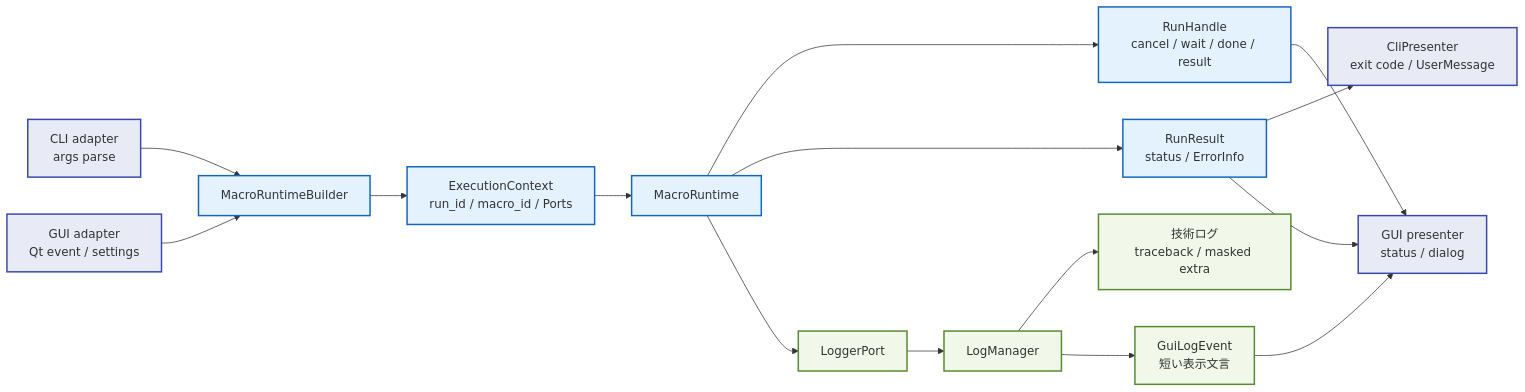
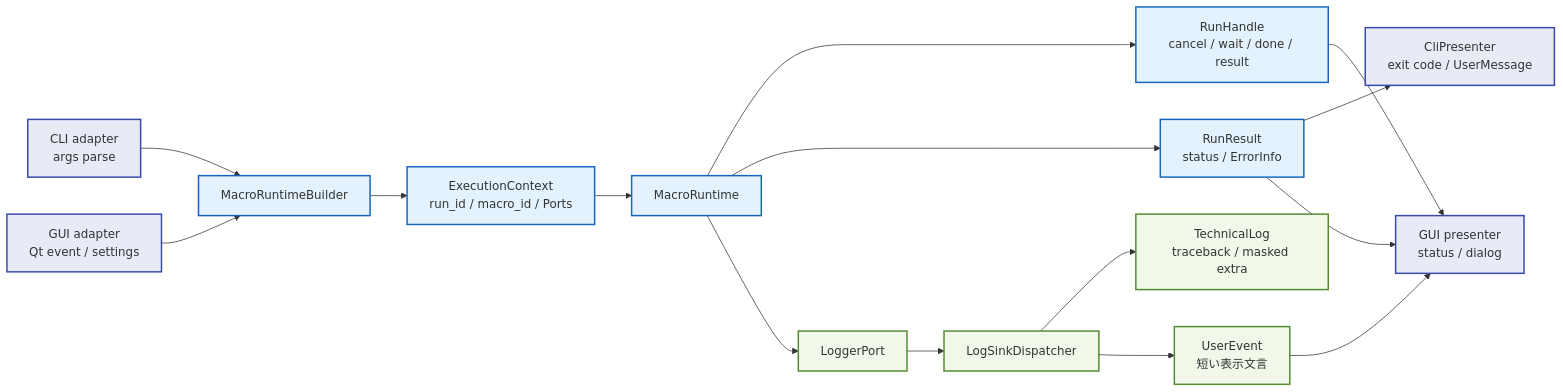
One commit to niart120/Project_NyX changed the fifth of 5 diagrams in spec/framework/rearchitecture/ARCHITECTURE_DIAGRAMS.md. Above: the diagram before and after it, drawn with Mermaid. The commit also changed other lines of this file and 11 other files, not shown here.

````diff
--- a/spec/framework/rearchitecture/ARCHITECTURE_DIAGRAMS.md
+++ b/spec/framework/rearchitecture/ARCHITECTURE_DIAGRAMS.md
@@ -400,25 +400,25 @@
 ```mermaid
 flowchart LR
     CLI["CLI adapter<br/>args parse"] --> Builder["MacroRuntimeBuilder"]
     GUI["GUI adapter<br/>Qt event / settings"] --> Builder
     Builder --> Context["ExecutionContext<br/>run_id / macro_id / Ports"]
     Context --> Runtime["MacroRuntime"]
     Runtime --> Handle["RunHandle<br/>cancel / wait / done / result"]
     Runtime --> Result["RunResult<br/>status / ErrorInfo"]
     Runtime --> Logger["LoggerPort"]
-    Logger --> LogManager["LogManager"]
-    LogManager --> TechLog["技術ログ<br/>traceback / masked extra"]
-    LogManager --> GuiEvent["GuiLogEvent<br/>短い表示文言"]
+    Logger --> Dispatcher["LogSinkDispatcher"]
+    Dispatcher --> TechLog["TechnicalLog<br/>traceback / masked extra"]
+    Dispatcher --> UserEvent["UserEvent<br/>短い表示文言"]
     Result --> CliPresenter["CliPresenter<br/>exit code / UserMessage"]
     Result --> GuiPresenter["GUI presenter<br/>status / dialog"]
     Handle --> GuiPresenter
-    GuiEvent --> GuiPresenter
+    UserEvent --> GuiPresenter
 
     classDef entry fill:#e8eaf6,stroke:#3949ab,stroke-width:2px;
     classDef runtime fill:#e3f2fd,stroke:#1565c0,stroke-width:2px;
     classDef obs fill:#f1f8e9,stroke:#558b2f,stroke-width:2px;
 
     class CLI,GUI,CliPresenter,GuiPresenter entry;
     class Builder,Context,Runtime,Handle,Result runtime;
-    class Logger,LogManager,TechLog,GuiEvent obs;
+    class Logger,Dispatcher,TechLog,UserEvent obs;
 ```
````
